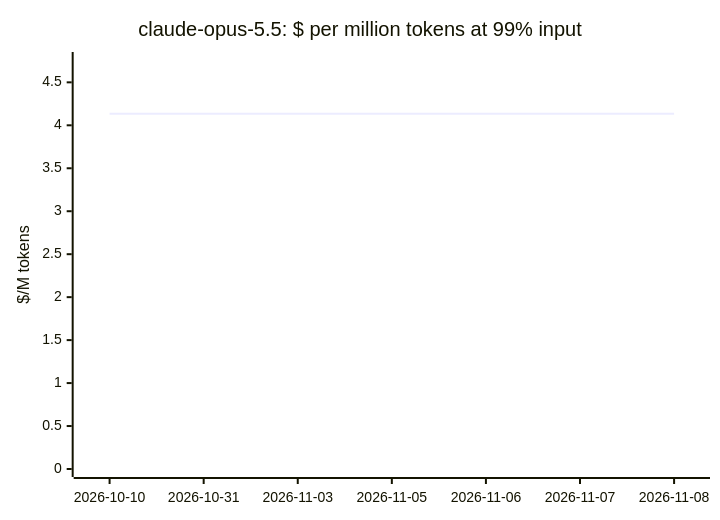
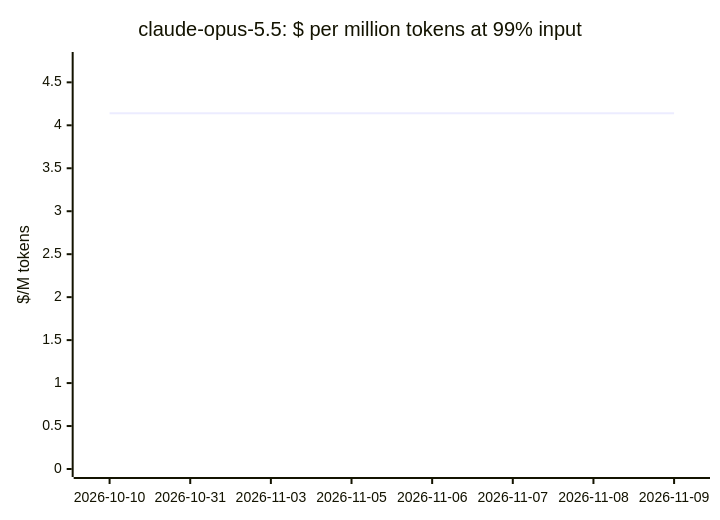
One commit to cklukas/OMEGA_TRANSFORM changed the fourth of 20 diagrams in docs/openrouter-models.md. Above: the diagram before and after it, drawn with Mermaid. The commit also changed other lines of this file and 47 other files, not shown here.

````diff
--- a/docs/openrouter-models.md
+++ b/docs/openrouter-models.md
@@ -168,7 +168,7 @@
 ```mermaid
 xychart-beta
     title "claude-opus-5.5: $ per million tokens at 99% input"
-    x-axis ["2026-10-10", "2026-10-31", "2026-11-03", "2026-11-05", "2026-11-06", "2026-11-07", "2026-11-08"]
+    x-axis ["2026-10-10", "2026-10-31", "2026-11-03", "2026-11-05", "2026-11-06", "2026-11-07", "2026-11-08", "2026-11-09"]
     y-axis "$/M tokens" 0 --> 4.76
-    line [4.135, 4.135, 4.135, 4.135, 4.135, 4.135, 4.135]
+    line [4.14, 4.14, 4.14, 4.14, 4.14, 4.14, 4.14, 4.14]
 ```
````
